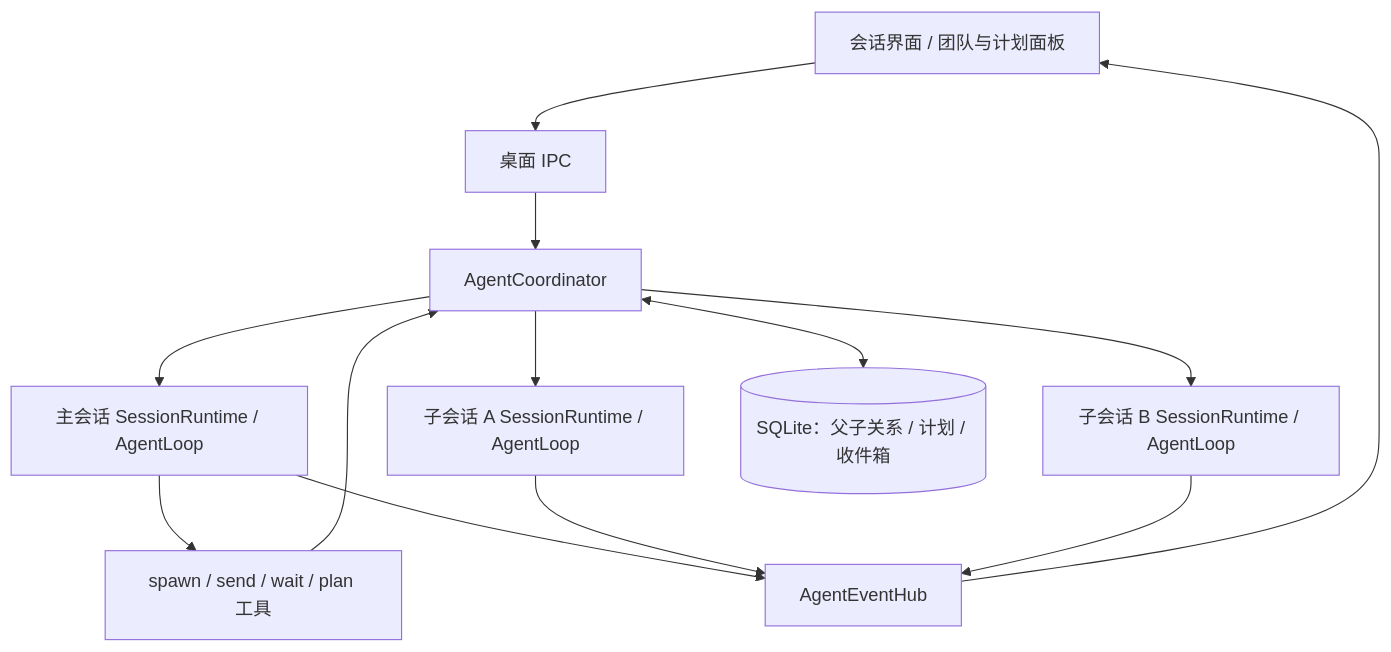
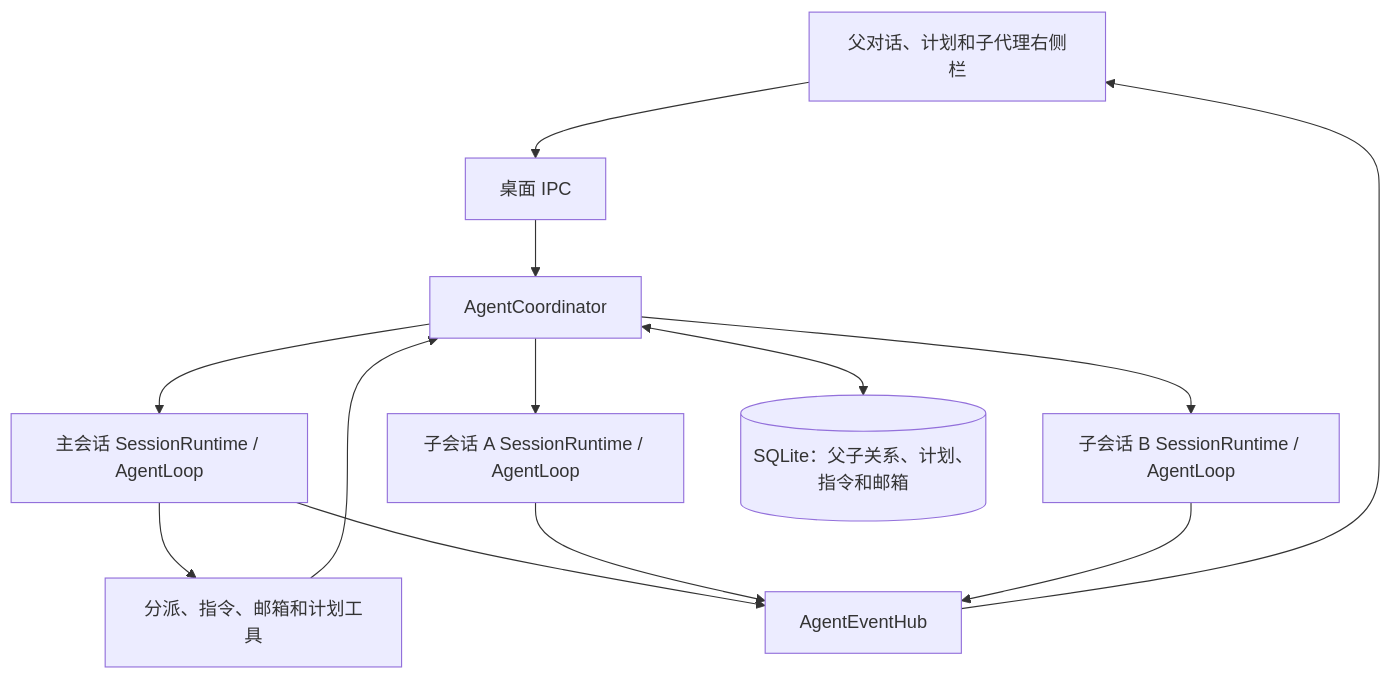
Before and after one commit to 1742/Actl: the diagram in docs/modules/multi-agent.md, drawn with Mermaid. The commit also changed other lines of this file and 45 other files, not shown here.

````diff
--- a/docs/modules/multi-agent.md
+++ b/docs/modules/multi-agent.md
@@ -5,15 +5,15 @@
 ```mermaid
 flowchart TD
-  UI[会话界面 / 团队与计划面板] --> IPC[桌面 IPC]
+  UI[父对话、计划和子代理右侧栏] --> IPC[桌面 IPC]
   IPC --> C[AgentCoordinator]
   C --> R[主会话 SessionRuntime / AgentLoop]
   C --> A[子会话 A SessionRuntime / AgentLoop]
   C --> B[子会话 B SessionRuntime / AgentLoop]
-  R --> T[spawn / send / wait / plan 工具]
+  R --> T[分派、指令、邮箱和计划工具]
   T --> C
-  C <--> DB[(SQLite：父子关系 / 计划 / 收件箱)]
+  C <--> DB[(SQLite：父子关系、计划、指令和邮箱)]
   R --> H[AgentEventHub]
   A --> H
   B --> H
   H --> UI
 ```
````
